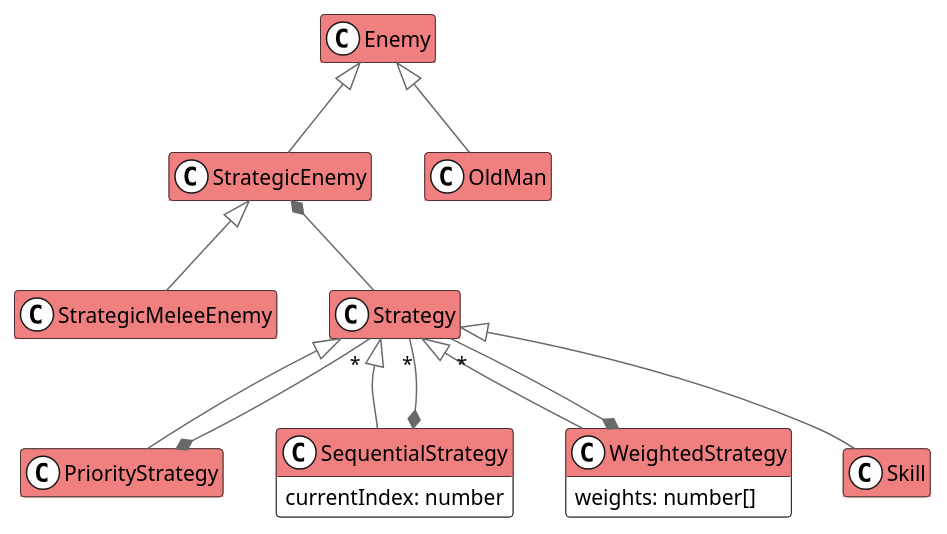
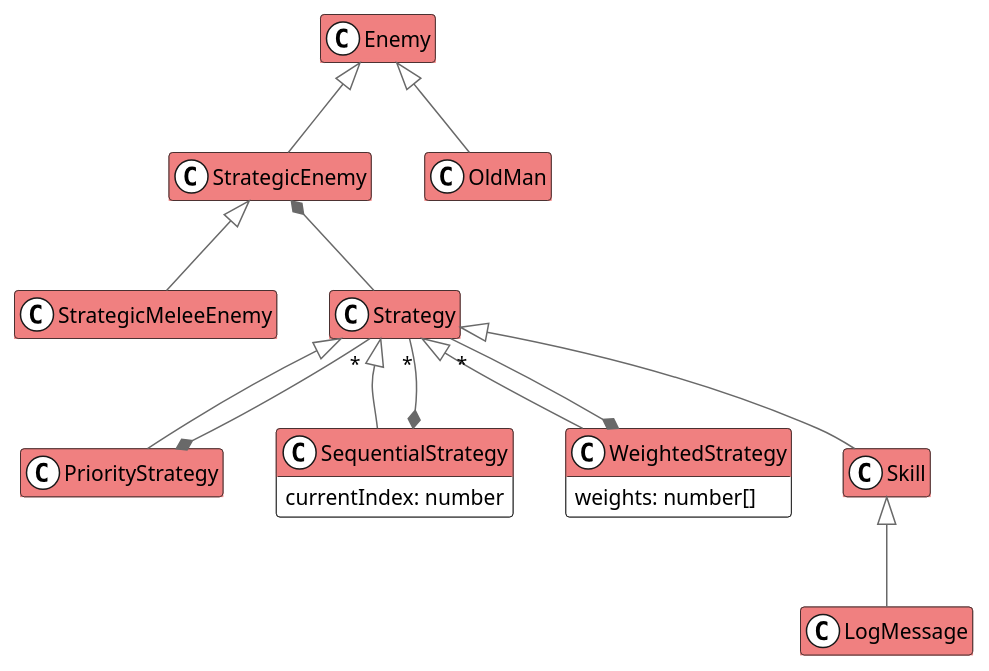
One commit to fbeaufume/draconis changed the diagram in doc/model-enemy.puml. Above: the diagram before and after it, drawn with PlantUML. The commit also changed 1 other file, not shown here.

```diff
--- a/doc/model-enemy.puml
+++ b/doc/model-enemy.puml
@@ -1,44 +1,45 @@
 @startuml
 
 scale 1.0
 hide empty methods
 hide empty attributes
 skinparam arrowColor #DimGray
 <style>
 spotClass { BackgroundColor white }
 </style>
 skinparam class {
   BackgroundColor White
   HeaderBackgroundColor LightCoral
 }
 
 class Enemy {
 }
 
 class Skill {
 }
 
 class PriorityStrategy {
 }
 
 class SequentialStrategy {
   currentIndex: number
 }
 
 class WeightedStrategy {
   weights: number[]
 }
 
 Enemy <|-- StrategicEnemy
 Enemy <|-- OldMan
 StrategicEnemy <|-- StrategicMeleeEnemy
 StrategicEnemy *-- Strategy
 Strategy <|-- Skill
+Skill <|-- LogMessage
 Strategy <|-- PriorityStrategy
 Strategy <|-- SequentialStrategy
 Strategy <|-- WeightedStrategy
 PriorityStrategy *-- "*" Strategy
 SequentialStrategy *-- "*" Strategy
 WeightedStrategy *-- "*" Strategy
 
 @enduml
```
